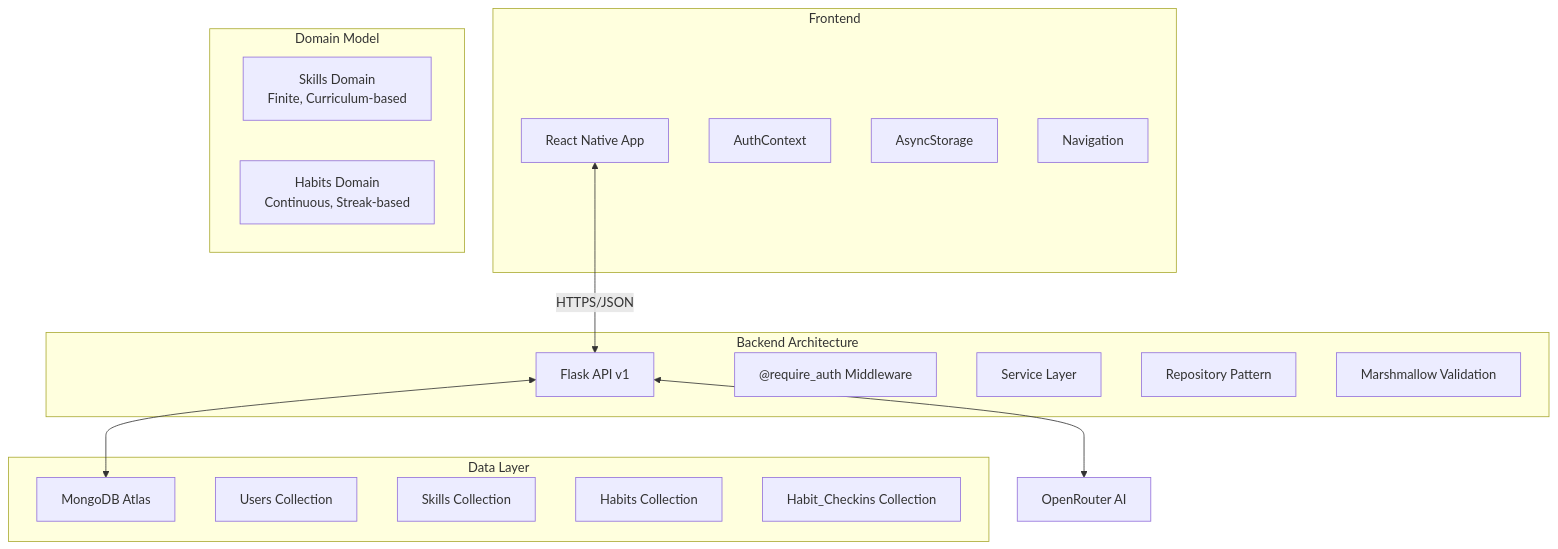
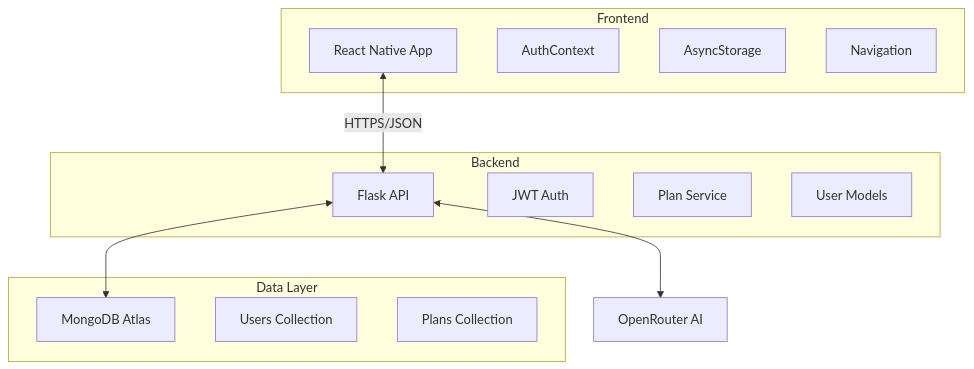
The first of 4 diagrams in Developer's Guide.md (ZayK1/Orbital-TeamYiZ), drawn with Mermaid before and after one commit. The commit also changed other lines of this file, not shown here.

````diff
--- a/Developer's Guide.md
+++ b/Developer's Guide.md
@@ -143,34 +179,48 @@
 ```mermaid
+
 graph TB
-A[React Native App] <-->|HTTPS/JSON| B[Flask API v1]
+
+A[React Native App] <-->|HTTPS/JSON| B[Flask API]
+
 B <--> C[MongoDB Atlas]
+
 B <--> D[OpenRouter AI]
 
+
 subgraph "Frontend"
+
 A
+
 A1[AuthContext]
+
 A2[AsyncStorage]
+
 A3[Navigation]
+
 end
 
-subgraph "Backend Architecture"
+
+subgraph "Backend"
+
 B
-B1["@require_auth Middleware"]
-B2[Service Layer]
-B3[Repository Pattern]
-B4[Marshmallow Validation]
+
+B1[JWT Auth]
+
+B2[Plan Service]
+
+B3[User Models]
+
 end
 
+
 subgraph "Data Layer"
+
 C
+
 C1[Users Collection]
-C2[Skills Collection]
-C3[Habits Collection]
-C4[Habit_Checkins Collection]
+
+C2[Plans Collection]
+
 end
 
-subgraph "Domain Model"
-E[Skills Domain<br/>Finite, Curriculum-based]
-F[Habits Domain<br/>Continuous, Streak-based]
-end
 ```
````
